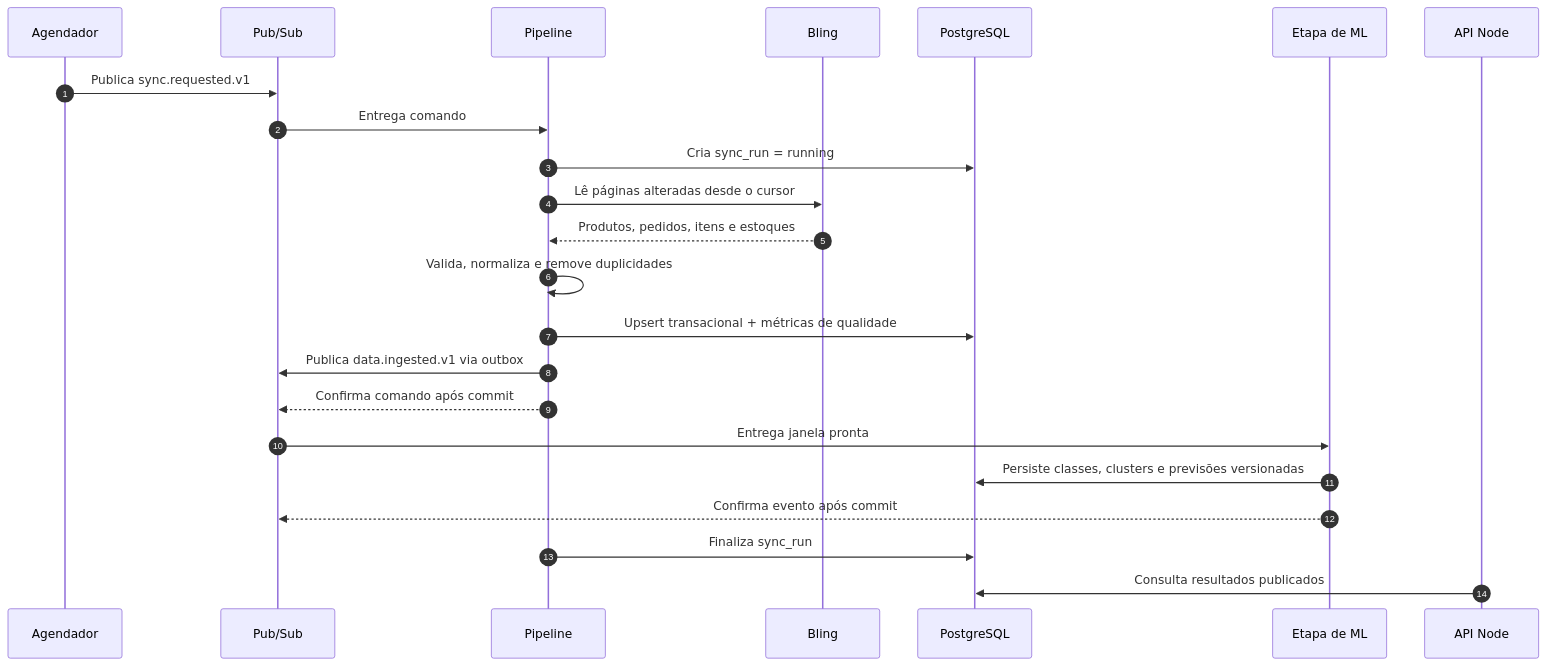
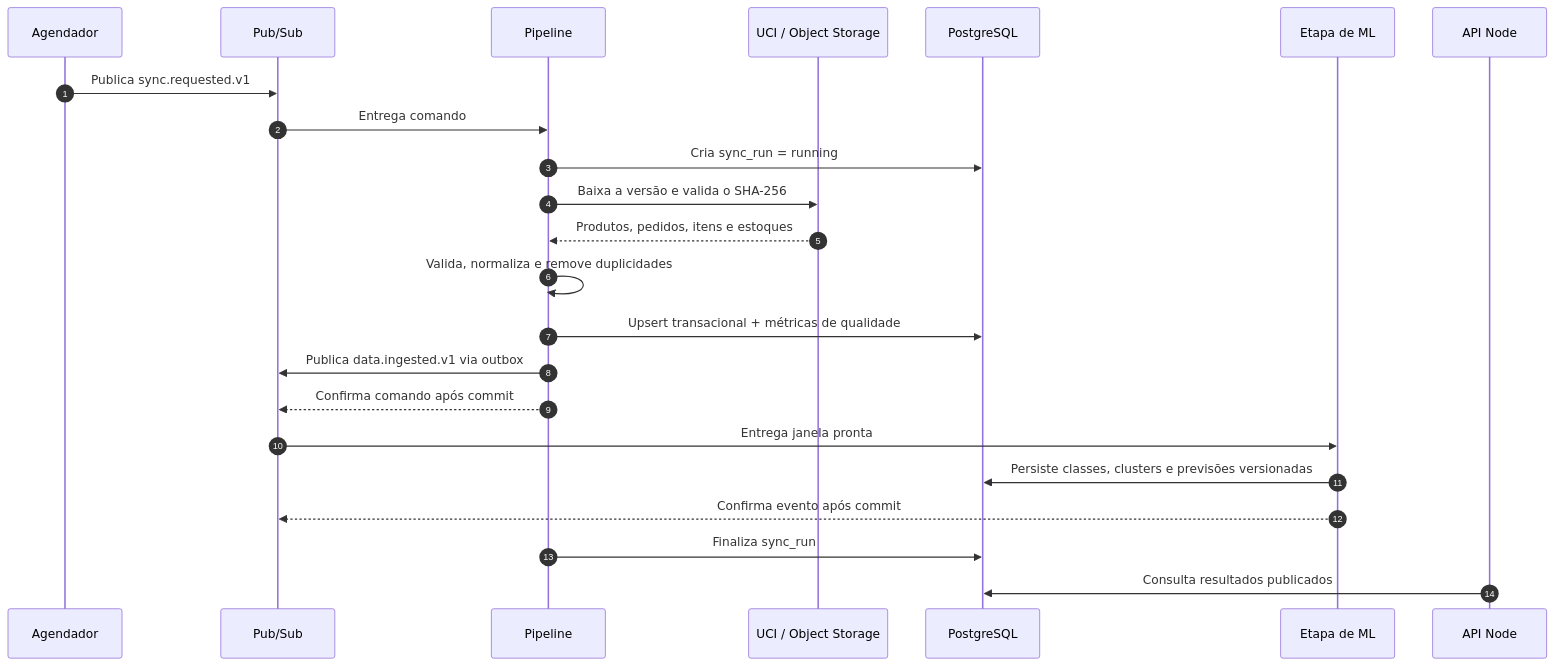
The third of 3 diagrams in docs/02-modelagem-e-arquitetura.md (FatecFranca/DSM-G05-PI6-2026-2), drawn with Mermaid before and after one commit. The commit also changed other lines of this file and 49 other files, not shown here.

Commit message:
feat(data): substitui Bling por pipeline UCI com IA e mensageria

````diff
--- a/docs/02-modelagem-e-arquitetura.md
+++ b/docs/02-modelagem-e-arquitetura.md
@@ -135,26 +135,26 @@
 ```mermaid
 sequenceDiagram
     autonumber
     participant S as Agendador
     participant Q as Pub/Sub
     participant W as Pipeline
-    participant B as Bling
+    participant B as UCI / Object Storage
     participant DB as PostgreSQL
     participant ML as Etapa de ML
     participant API as API Node
 
     S->>Q: Publica sync.requested.v1
     Q->>W: Entrega comando
     W->>DB: Cria sync_run = running
-    W->>B: Lê páginas alteradas desde o cursor
+    W->>B: Baixa a versão e valida o SHA-256
     B-->>W: Produtos, pedidos, itens e estoques
     W->>W: Valida, normaliza e remove duplicidades
     W->>DB: Upsert transacional + métricas de qualidade
     W->>Q: Publica data.ingested.v1 via outbox
     W-->>Q: Confirma comando após commit
     Q->>ML: Entrega janela pronta
     ML->>DB: Persiste classes, clusters e previsões versionadas
     ML-->>Q: Confirma evento após commit
     W->>DB: Finaliza sync_run
     API->>DB: Consulta resultados publicados
 ```
````
